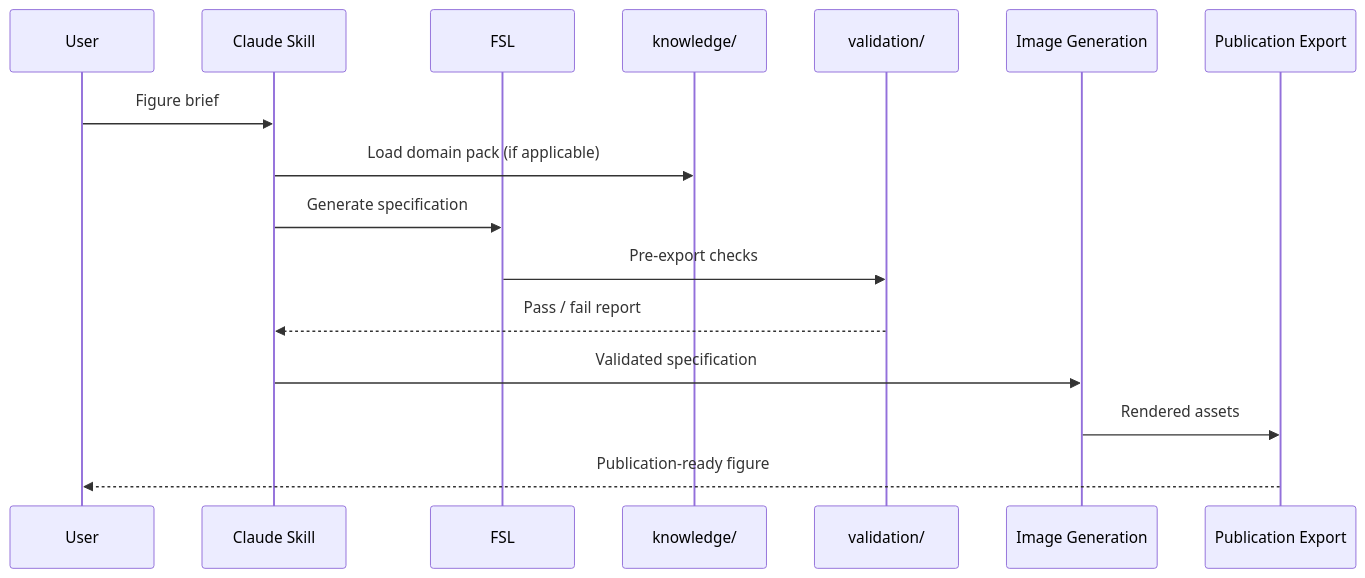
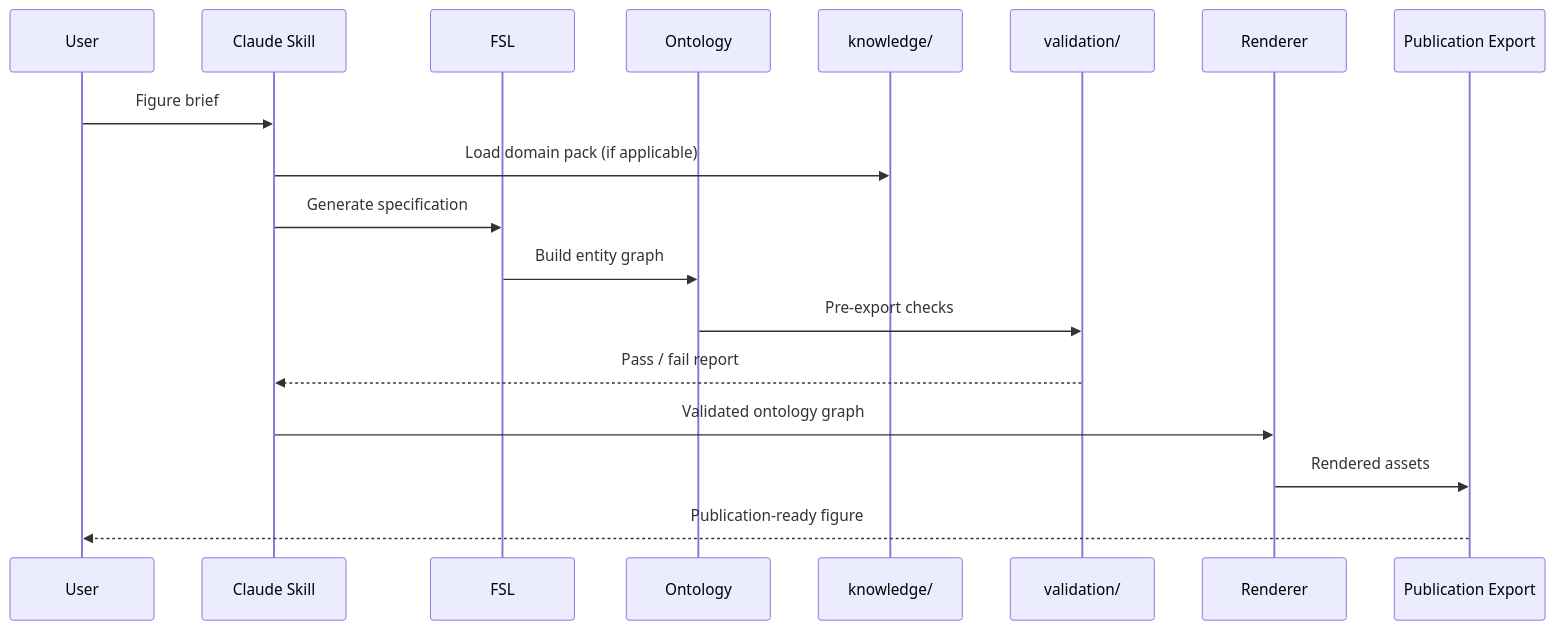
The fifth of 5 diagrams in docs/Architecture.md (insight2017aquib/MedicinalChemistryFigureDesigner), drawn with Mermaid before and after one commit. The commit also changed other lines of this file and 17 other files, not shown here.

Commit message:
platform(v0.4): implement scientific figure ontology

````diff
--- a/docs/Architecture.md
+++ b/docs/Architecture.md
@@ -163,19 +184,21 @@
 ```mermaid
 sequenceDiagram
     participant User
     participant Skill as Claude Skill
     participant FSL as FSL
+    participant Ont as Ontology
     participant KB as knowledge/
     participant Val as validation/
-    participant Render as Image Generation
+    participant Render as Renderer
     participant Export as Publication Export
 
     User->>Skill: Figure brief
     Skill->>KB: Load domain pack (if applicable)
     Skill->>FSL: Generate specification
-    FSL->>Val: Pre-export checks
+    FSL->>Ont: Build entity graph
+    Ont->>Val: Pre-export checks
     Val-->>Skill: Pass / fail report
-    Skill->>Render: Validated specification
+    Skill->>Render: Validated ontology graph
     Render->>Export: Rendered assets
     Export-->>User: Publication-ready figure
 ```
````
